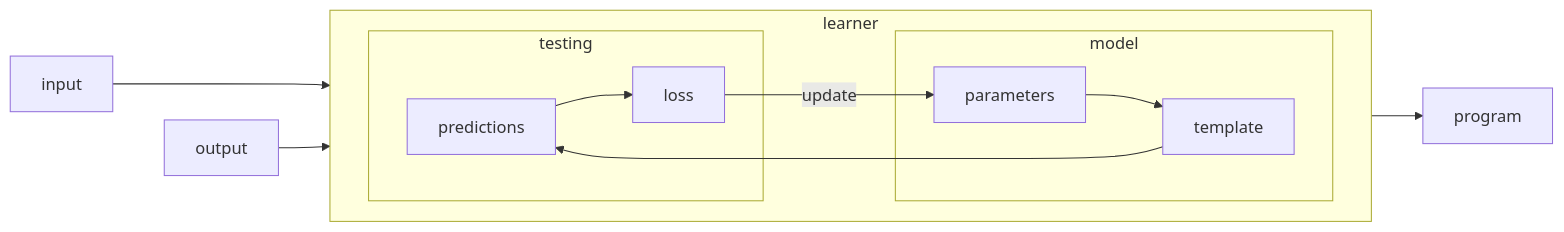
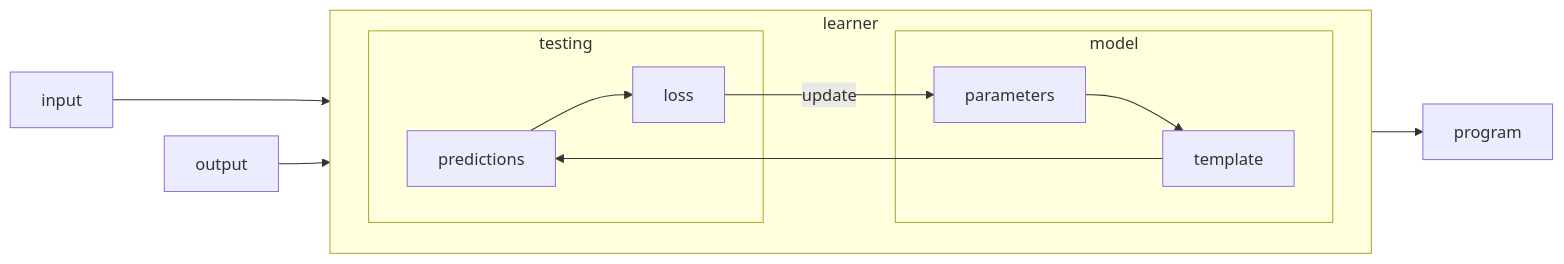
The third of 3 diagrams in _posts/2023-08-16-rivoluzione.md (nicoladerric/nicoladerric.github.io), drawn with Mermaid before and after one commit.

````diff
--- a/_posts/2023-08-16-rivoluzione.md
+++ b/_posts/2023-08-16-rivoluzione.md
@@ -53,16 +53,17 @@
 ```mermaid
 flowchart LR;
     input ---> template;
     subgraph learner
-        direction LR
+    direction LR
+    model ~~~ testing;
         subgraph model
         parameters --> template;
         end
         subgraph testing
         template --> predictions --> loss;
         end
         loss --> |update|parameters;
     end
     output --> loss;
     learner --> program
 ```
````
